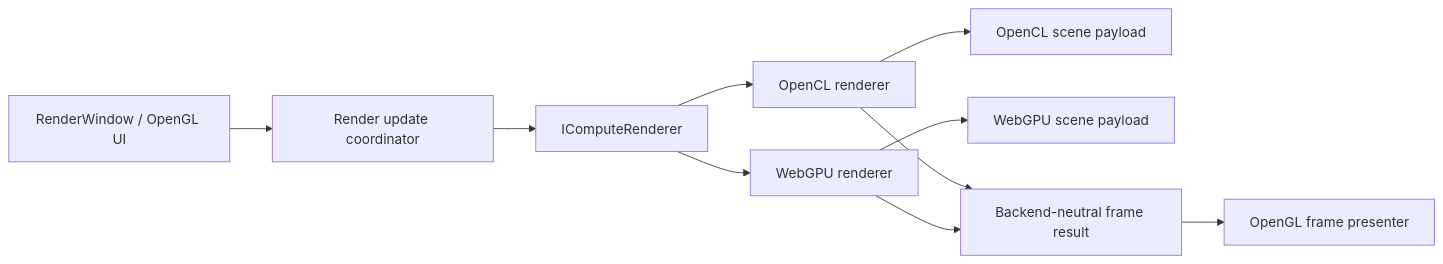
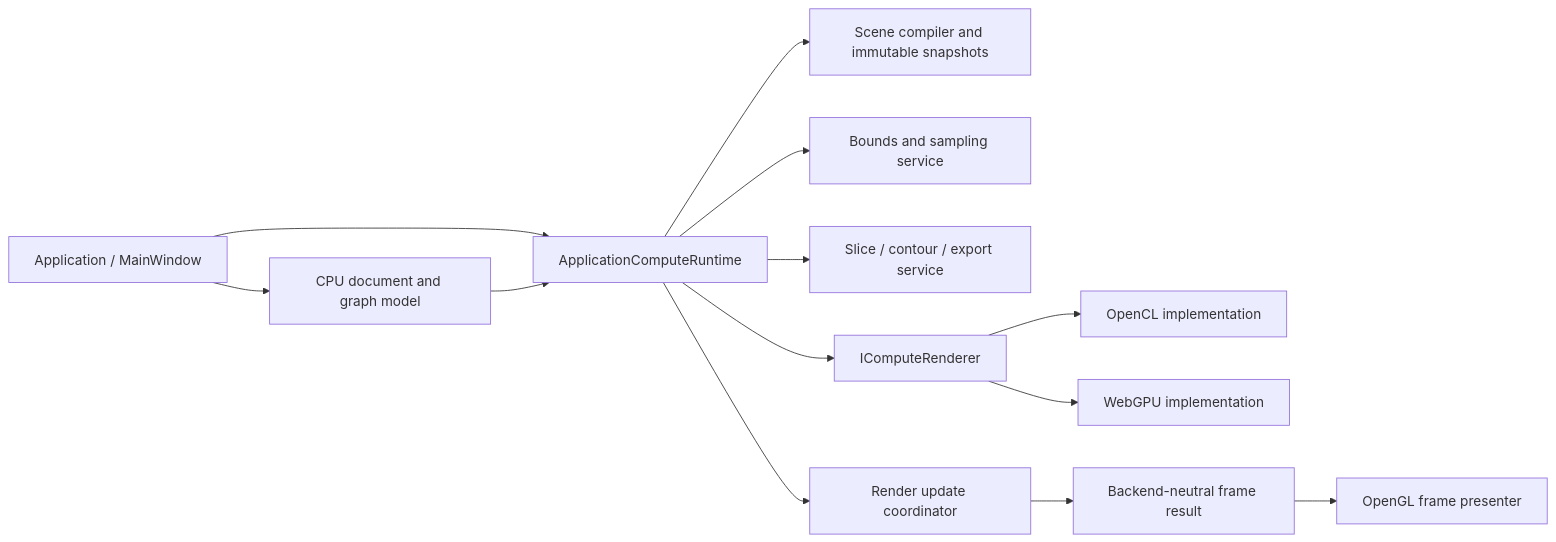
The diagram in plans/webgpu-compute-backend-parity.md (3dJan/gladius_playground), drawn with Mermaid before and after one commit. The commit also changed other lines of this file and 3 other files, not shown here.

Commit message:
[webgpu-slice-view.md] Add plan to enhance Slice View functionality with WebGPU backend; outline current state, work items, and testing strategy for contour generation and UI improvements

````diff
--- a/plans/webgpu-compute-backend-parity.md
+++ b/plans/webgpu-compute-backend-parity.md
@@ -48,12 +119,15 @@
 ```mermaid
 graph LR
-    UI[RenderWindow / OpenGL UI] --> Scheduler[Render update coordinator]
-    Scheduler --> Facade[IComputeRenderer]
-    Facade --> OCL[OpenCL renderer]
-    Facade --> WGPU[WebGPU renderer]
-    OCL --> OCLPayload[OpenCL scene payload]
-    WGPU --> WGPUPayload[WebGPU scene payload]
-    OCL --> Frames[Backend-neutral frame result]
-    WGPU --> Frames
+    App[Application / MainWindow] --> Runtime[ApplicationComputeRuntime]
+    App --> Document[CPU document and graph model]
+    Document --> Runtime
+    Runtime --> Scene[Scene compiler and immutable snapshots]
+    Runtime --> Bounds[Bounds and sampling service]
+    Runtime --> Manufacturing[Slice / contour / export service]
+    Runtime --> Renderer[IComputeRenderer]
+    Renderer --> OCL[OpenCL implementation]
+    Renderer --> WGPU[WebGPU implementation]
+    Runtime --> Scheduler[Render update coordinator]
+    Scheduler --> Frames[Backend-neutral frame result]
     Frames --> Presenter[OpenGL frame presenter]
 ```
````
